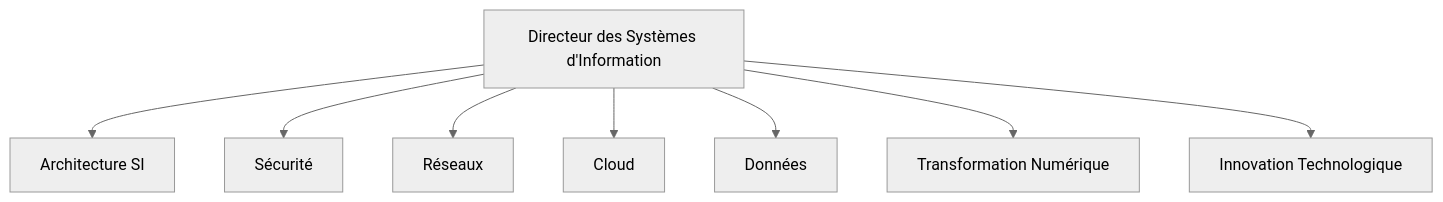
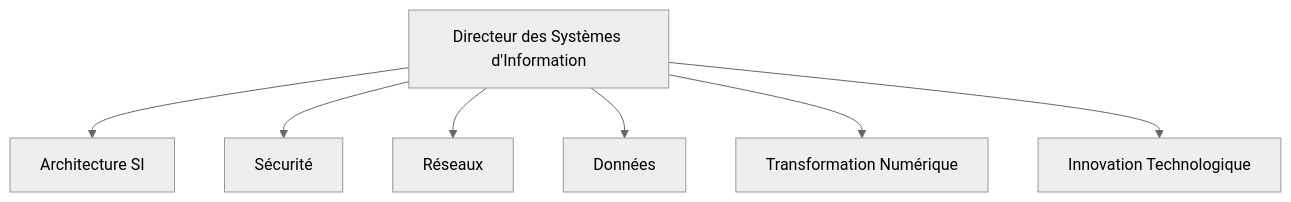
Before and after one commit to sanogotech/preparationCertificationCCNA: the first of 6 diagrams in TestSchema.md, drawn with Mermaid (neutral theme). The commit also changed other lines of this file, not shown here.

````diff
--- a/TestSchema.md
+++ b/TestSchema.md
@@ -9,10 +4,9 @@
 ```mermaid
 graph TD
     A[Directeur des Systèmes d'Information] --> B[Architecture SI]
     A --> C[Sécurité]
     A --> D[Réseaux]
-    A --> E[Cloud]
     A --> F[Données]
     A --> G[Transformation Numérique]
     A --> H[Innovation Technologique]
 ```
````
